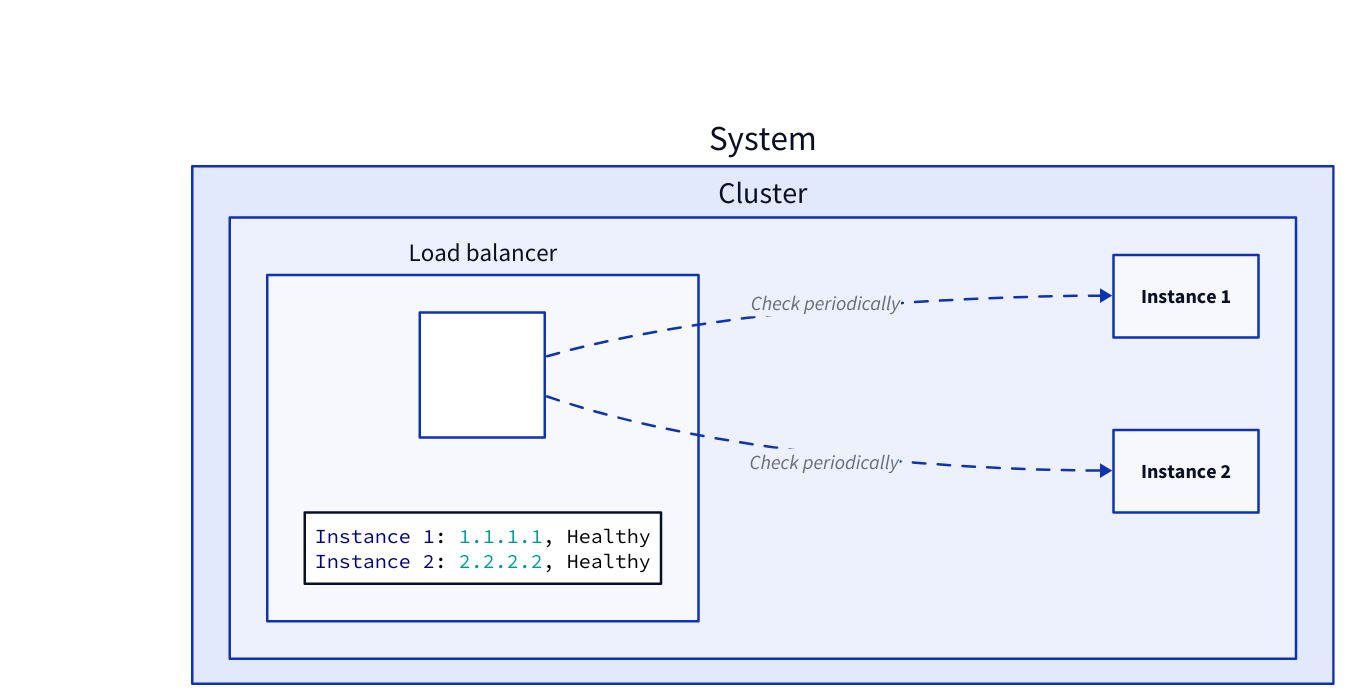
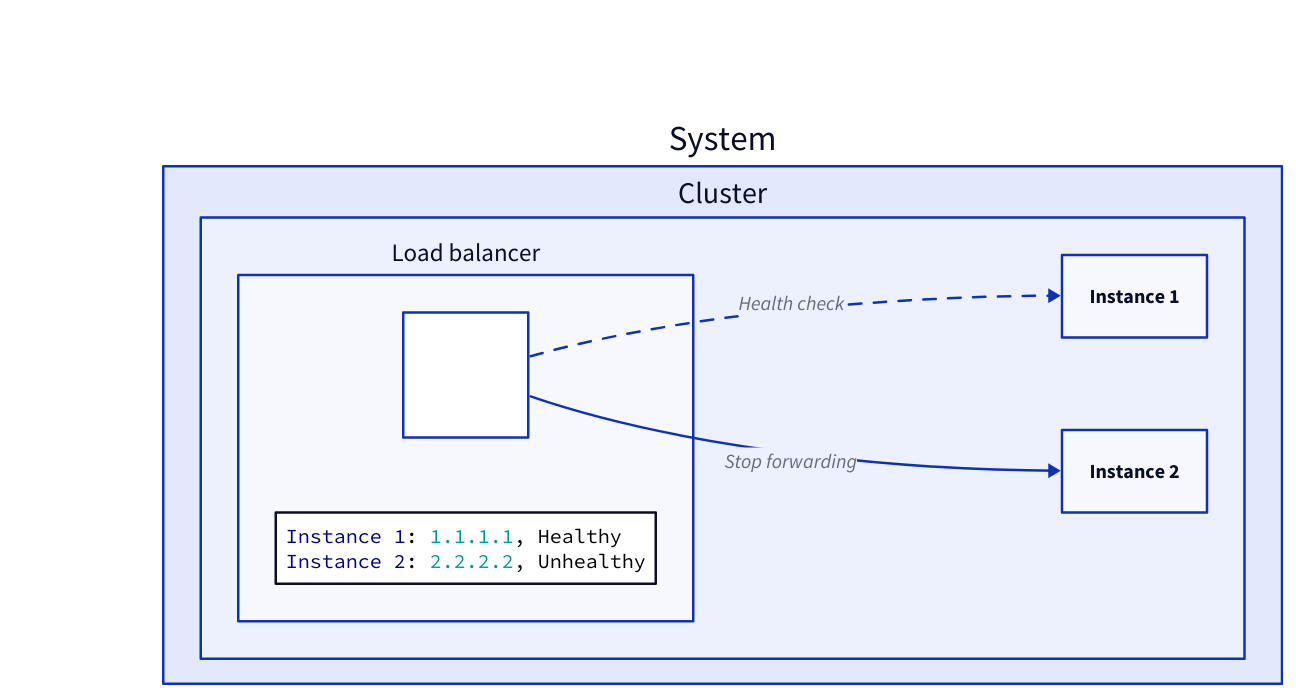
One commit to link1905/system-design-101 changed the fifth of 20 diagrams in content/docs/web-service/load-balancer.md. Above: the diagram before and after it, drawn with D2. The commit also changed other lines of this file and 49 other files, not shown here.

````diff
--- a/content/docs/web-service/load-balancer.md
+++ b/content/docs/web-service/load-balancer.md
@@ -140,28 +155,28 @@
 ```d2
 direction: right
 system: System {
   s: Cluster {
     lb: Load balancer {
       lb: "" {
         class: lb
       }
       r: |||yaml
       Instance 1: 1.1.1.1, Healthy
-      Instance 2: 2.2.2.2, Healthy
+      Instance 2: 2.2.2.2, Unhealthy
       |||
     }
     s1: Instance 1 {
       class: server
     }
     s2: Instance 2 {
-      class: server
+      class: generic-error
     }
-    lb.lb -> s1: Check periodically {
+    lb.lb -> s1: Health check {
       style.animated: true
     }
-    lb.lb -> s2: Check periodically {
-      style.animated: true
+    lb.lb -> s2: Stop forwarding {
+      class: error-conn
     }
   }
 }
 ```
````
